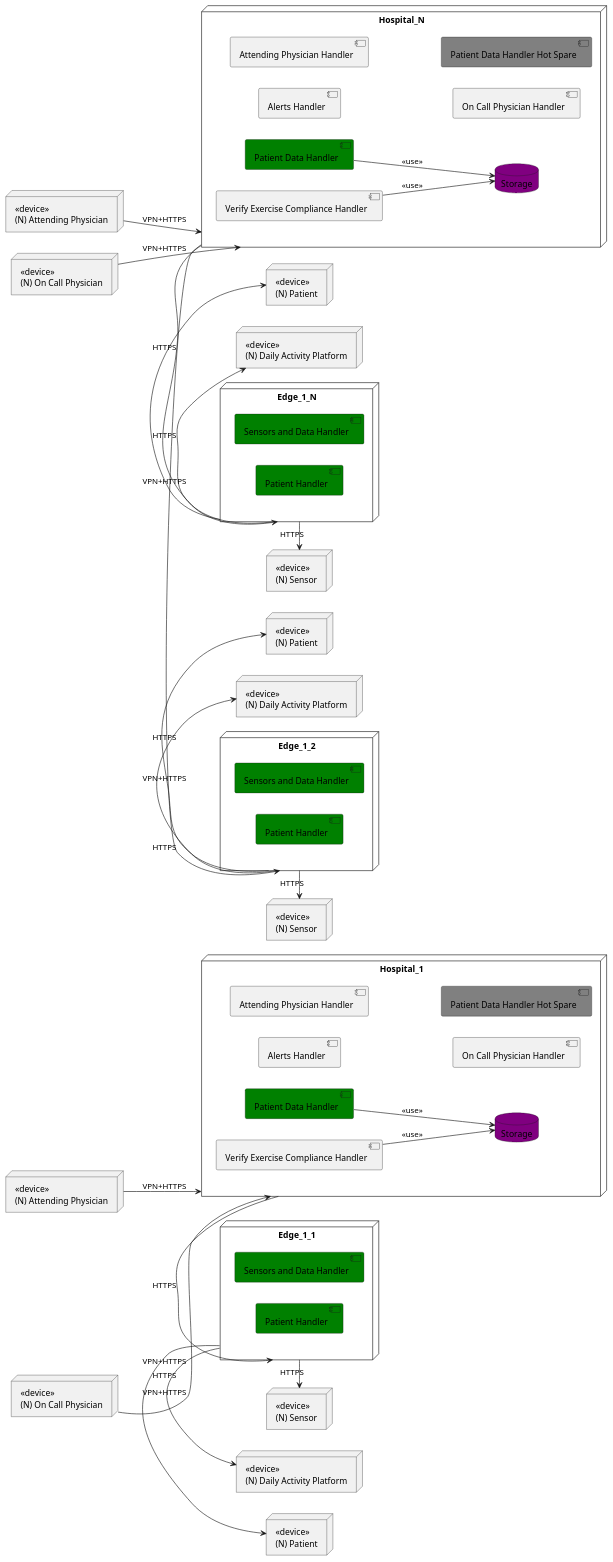
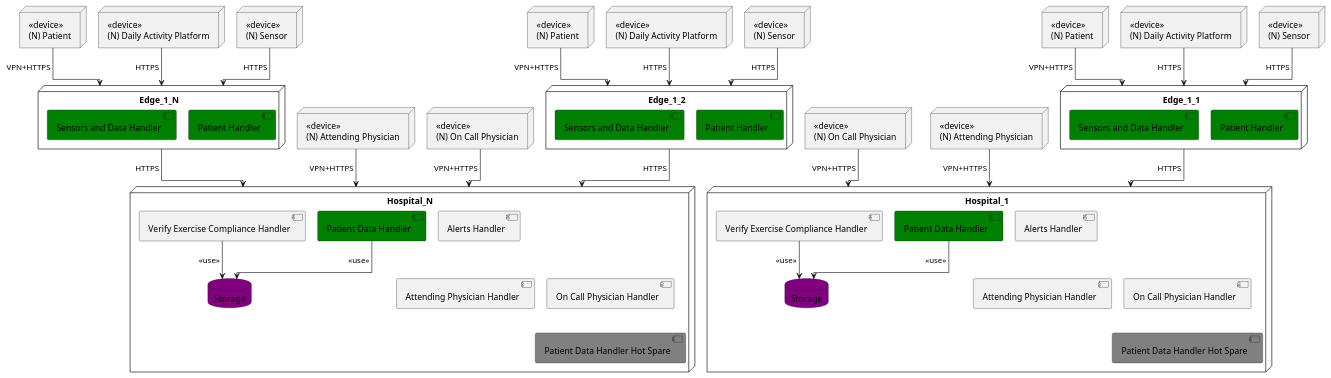
Before and after one commit to koalas11/Software-Architecture-Project: the diagram in diagrams/deployment_architecture.wsd, drawn with PlantUML. The commit also changed 3 other files, not shown here.

```diff
--- a/diagrams/deployment_architecture.wsd
+++ b/diagrams/deployment_architecture.wsd
@@ -1,94 +1,95 @@
 @startuml deployment_architecture
+!pragma layout elk 
 left to right direction
 
 node "<<device>>\n(N) Attending Physician" as Attending_Physician_1_1
 node "<<device>>\n(N) On Call Physician" as On_Call_Physician_1_1
 
 node Hospital_1 {
     component "Alerts Handler" as AH1
     component "Attending Physician Handler" as APH1
     component "On Call Physician Handler" as OCPH1
 
     component "Patient Data Handler" as PDH1 #Green
     component "Patient Data Handler Hot Spare" as PDH1B #Gray
     component "Verify Exercise Compliance Handler" as VECH1
     database "Storage" as DS1 #Purple
 
     PDH1 --> DS1 : <<use>>
     VECH1 --> DS1 : <<use>>
 }
 
 node Edge_1_1 {
     component "Sensors and Data Handler" as SDH1 #Green
     component "Patient Handler" as PH1 #Green
 }
 
 node Edge_1_2 {
     component "Sensors and Data Handler" as SDH2 #Green
     component "Patient Handler" as PH2 #Green
 }
 
 node "Edge_1_N" as Edge_1_3 {
     component "Sensors and Data Handler" as SDH3 #Green
     component "Patient Handler" as PH3 #Green
 }
 
 together {
 node "<<device>>\n(N) Sensor" as Sensor_1_1
 node "<<device>>\n(N) Daily Activity Platform" as DAP_1_1
 node "<<device>>\n(N) Patient" as Patient_1_1
 
 
-Sensor_1_1 <- Edge_1_1 : HTTPS
-DAP_1_1 <- Edge_1_1 : HTTPS
-Patient_1_1 <- Edge_1_1 : VPN+HTTPS
+Sensor_1_1 -> Edge_1_1 : HTTPS
+DAP_1_1 -> Edge_1_1 : HTTPS
+Patient_1_1 -> Edge_1_1 : VPN+HTTPS
 }
 
-Edge_1_1 <- Hospital_1 : HTTPS
+Edge_1_1 -> Hospital_1 : HTTPS
 
 Attending_Physician_1_1 --> Hospital_1 : VPN+HTTPS
 On_Call_Physician_1_1 --> Hospital_1 : VPN+HTTPS
 
 node "<<device>>\n(N) Attending Physician" as Attending_Physician_1_2
 node "<<device>>\n(N) On Call Physician" as On_Call_Physician_1_2
 
 
 node "Hospital_N" as Hospital_2 {
     component "Alerts Handler" as AH2
     component "Attending Physician Handler" as APH2
     component "On Call Physician Handler" as OCPH2
 
     component "Patient Data Handler" as PDH2 #Green
     component "Patient Data Handler Hot Spare" as PDH2B #Gray
     component "Verify Exercise Compliance Handler" as VECH2
     database "Storage" as DS2 #Purple
 
     PDH2 --> DS2 : <<use>>
     VECH2 --> DS2 : <<use>>
 }
 
 Attending_Physician_1_2 --> Hospital_2 : VPN+HTTPS
 On_Call_Physician_1_2 --> Hospital_2 : VPN+HTTPS
 
 
 
 node "<<device>>\n(N) Sensor" as Sensor_1_2
 node "<<device>>\n(N) Daily Activity Platform" as DAP_1_2
 node "<<device>>\n(N) Patient" as Patient_1_2
 
-Sensor_1_2 <- Edge_1_2 : HTTPS
-DAP_1_2 <- Edge_1_2 : HTTPS
-Patient_1_2 <- Edge_1_2 : VPN+HTTPS
+Sensor_1_2 -> Edge_1_2 : HTTPS
+DAP_1_2 -> Edge_1_2 : HTTPS
+Patient_1_2 -> Edge_1_2 : VPN+HTTPS
 
 node "<<device>>\n(N) Sensor" as Sensor_1_3
 node "<<device>>\n(N) Daily Activity Platform" as DAP_1_3
 node "<<device>>\n(N) Patient" as Patient_1_3
 
-Sensor_1_3 <- Edge_1_3 : HTTPS
-DAP_1_3 <- Edge_1_3 : HTTPS
-Patient_1_3 <- Edge_1_3 : VPN+HTTPS
+Sensor_1_3 -> Edge_1_3 : HTTPS
+DAP_1_3 -> Edge_1_3 : HTTPS
+Patient_1_3 -> Edge_1_3 : VPN+HTTPS
 
-Edge_1_2 <- Hospital_2 : HTTPS
-Edge_1_3 <- Hospital_2 : HTTPS
+Edge_1_2 -> Hospital_2 : HTTPS
+Edge_1_3 -> Hospital_2 : HTTPS
 
 @enduml
```
